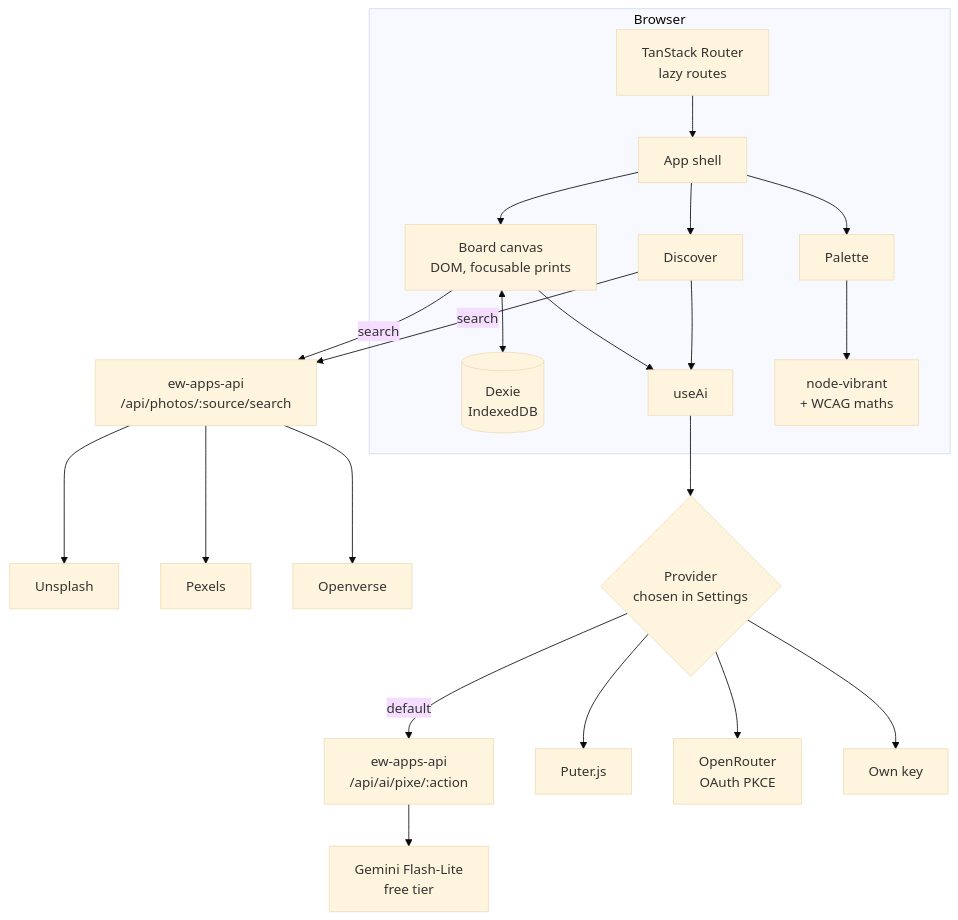
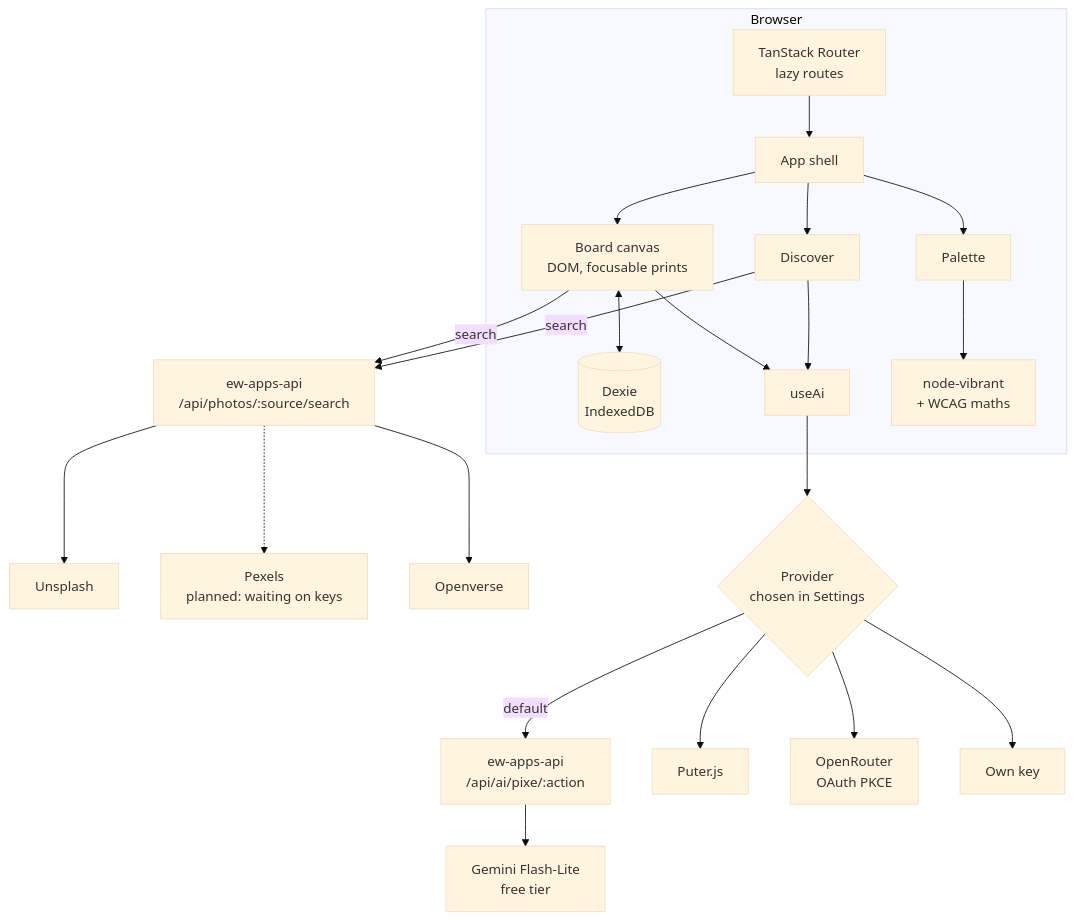
The second of 4 diagrams in README.md (emwil23/pixe), drawn with Mermaid (base theme) before and after one commit. The commit also changed other lines of this file and 1 other file, not shown here.

First line of the commit message:
README: Pexels shown as planned, a versions section, a closing image

````diff
--- a/README.md
+++ b/README.md
@@ -73,23 +74,23 @@
 ```mermaid
 flowchart TB
     subgraph Browser
       R[TanStack Router<br/>lazy routes] --> SH[App shell]
       SH --> BD[Board canvas<br/>DOM, focusable prints]
       SH --> DI[Discover]
       SH --> PA[Palette]
       BD <--> D[(Dexie<br/>IndexedDB)]
       BD --> AI[useAi]
       DI --> AI
       PA --> NV[node-vibrant<br/>+ WCAG maths]
     end
     BD & DI -->|search| PH[ew-apps-api<br/>/api/photos/:source/search]
     PH --> U[Unsplash]
-    PH --> PX[Pexels]
+    PH -.-> PX[Pexels<br/>planned: waiting on keys]
     PH --> OV[Openverse]
     AI --> P{Provider<br/>chosen in Settings}
     P -->|default| EW[ew-apps-api<br/>/api/ai/pixe/:action]
     P --> PU[Puter.js]
     P --> OR[OpenRouter<br/>OAuth PKCE]
     P --> OWN[Own key]
     EW --> G[Gemini Flash-Lite<br/>free tier]
 ```
````
